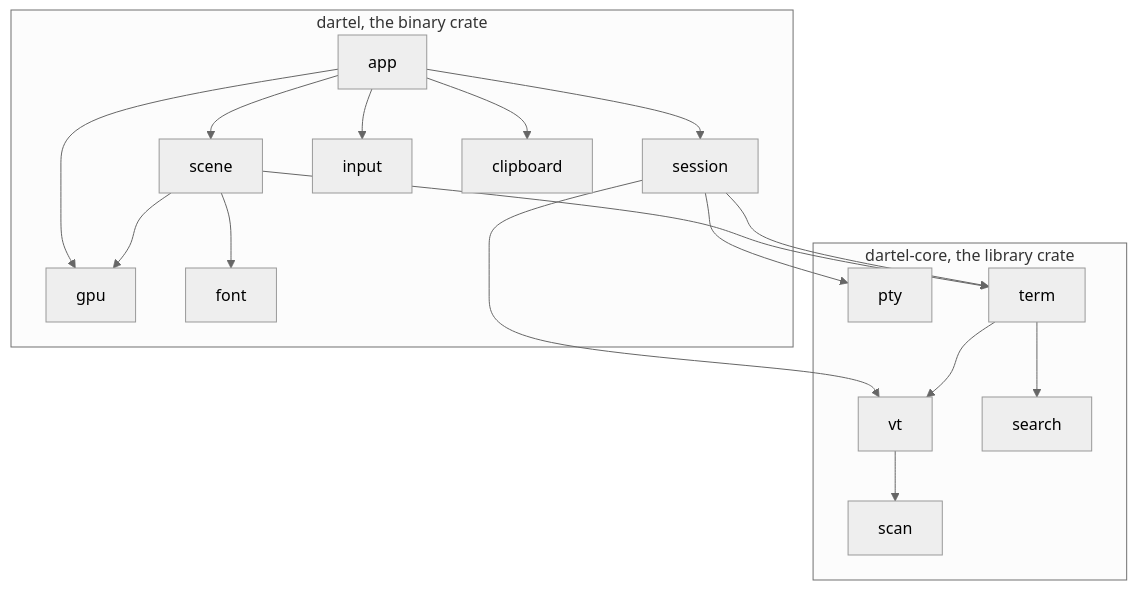
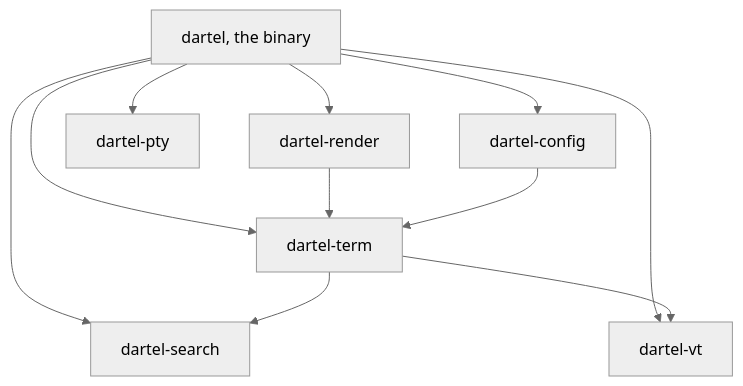
The first of 8 diagrams in docs/architecture.md (riya-amemiya/Dartel), drawn with Mermaid (neutral theme) before and after one commit. The commit also changed other lines of this file and 54 other files, not shown here.

````diff
--- a/docs/architecture.md
+++ b/docs/architecture.md
@@ -10,33 +12,20 @@
 ```mermaid
 flowchart TD
-    subgraph bin["dartel, the binary crate"]
-        app["app"]
-        session["session"]
-        scene["scene"]
-        gpu["gpu"]
-        font["font"]
-        input["input"]
-        clipboard["clipboard"]
-    end
-    subgraph core["dartel-core, the library crate"]
-        pty["pty"]
-        vt["vt"]
-        scan["scan"]
-        term["term"]
-        search["search"]
-    end
-    app --> session
-    app --> scene
-    app --> gpu
-    app --> input
-    app --> clipboard
-    scene --> font
-    scene --> gpu
-    scene --> term
-    session --> pty
-    session --> vt
-    session --> term
-    vt --> scan
+    dartel["dartel, the binary"]
+    render["dartel-render"]
+    config["dartel-config"]
+    pty["dartel-pty"]
+    term["dartel-term"]
+    search["dartel-search"]
+    vt["dartel-vt"]
+    dartel --> render
+    dartel --> config
+    dartel --> pty
+    dartel --> term
+    dartel --> search
+    dartel --> vt
+    render --> term
+    config --> term
+    term --> search
     term --> vt
-    term --> search
 ```
````
